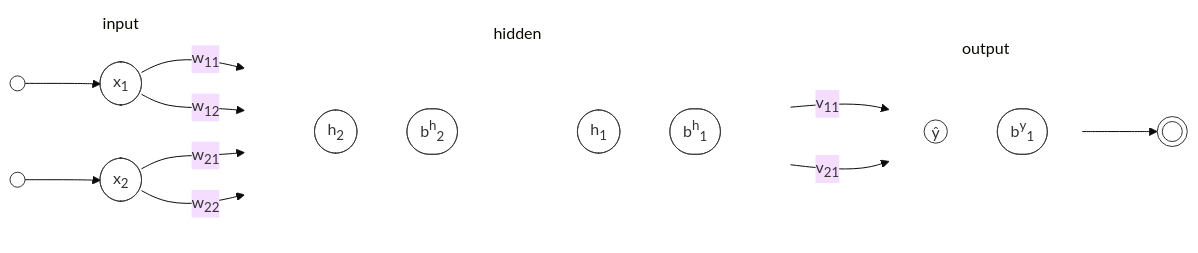
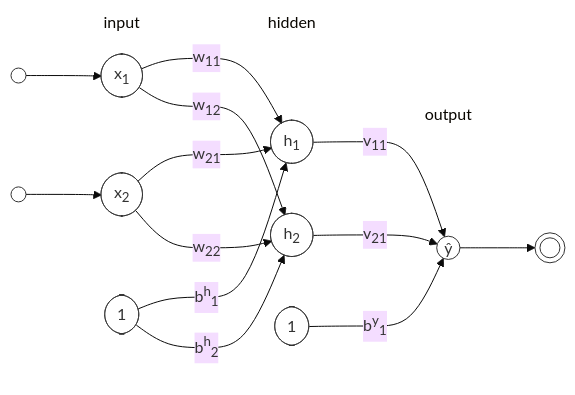
One commit to Insper/ann-dl changed the second of 2 diagrams in docs/classes/mlp/main.md. Above: the diagram before and after it, drawn with Mermaid (base theme). The commit also changed other lines of this file, not shown here.

````diff
--- a/docs/classes/mlp/main.md
+++ b/docs/classes/mlp/main.md
@@ -139,48 +149,37 @@
 ``` mermaid
 flowchart LR
     classDef default fill:transparent,stroke:#333,stroke-width:1px;
     classDef others fill:transparent,stroke:transparent,stroke-width:0px;
     subgraph input
         x1(["x<sub>1</sub>"])
         x2(["x<sub>2</sub>"])
+        xb(["1"])
     end
     subgraph hidden
-        direction TB
-        subgraph nh1[" "]
-            direction TB
-            style nh1 fill:transparent,stroke:transparent,stroke-width:0px
-            h1(["h<sub>1</sub>"])
-            bh1(["b<sup>h</sup><sub>1</sub>"])
-        end
-        subgraph nh2[" "]
-            direction TB
-            style nh2 fill:transparent,stroke:transparent,stroke-width:0px
-            h2(["h<sub>2</sub>"])
-            bh2(["b<sup>h</sup><sub>2</sub>"])
-        end
+        h1(["h<sub>1</sub>"])
+        h2(["h<sub>2</sub>"])
+        hb(["1"])
     end
     subgraph output
-        subgraph ny[" "]
-            direction TB
-            style ny fill:transparent,stroke:transparent,stroke-width:0px
-            y(["y"])
-            by(["b<sup>y</sup><sub>1</sub>"])
-        end
+        y(["y"])
     end
     in1@{ shape: circle, label: " " } --> x1
     in2@{ shape: circle, label: " " } --> x2
 
     x1 -->|"w<sub>11</sub>"|h1
     x1 -->|"w<sub>12</sub>"|h2
+    xb -->|"b<sup>h</sup><sub>1</sub>"|h1
     x2 -->|"w<sub>21</sub>"|h1
     x2 -->|"w<sub>22</sub>"|h2
-    
+    xb -->|"b<sup>h</sup><sub>2</sub>"|h2
+
     h1 -->|"v<sub>11</sub>"|y
     h2 -->|"v<sub>21</sub>"|y
+    hb -->|"b<sup>y</sup><sub>1</sub>"|y
 
     y(("ŷ")) --> out1@{ shape: dbl-circ, label: " " }
 
     style input fill:#fff,stroke:#666,stroke-width:0px
     style hidden fill:#fff,stroke:#666,stroke-width:0px
     style output fill:#fff,stroke:#666,stroke-width:0px
 ```
````
